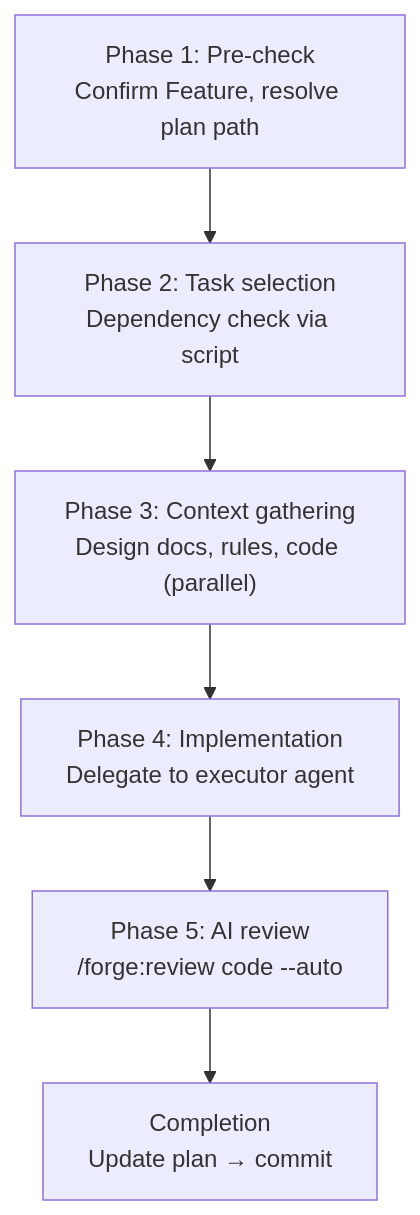
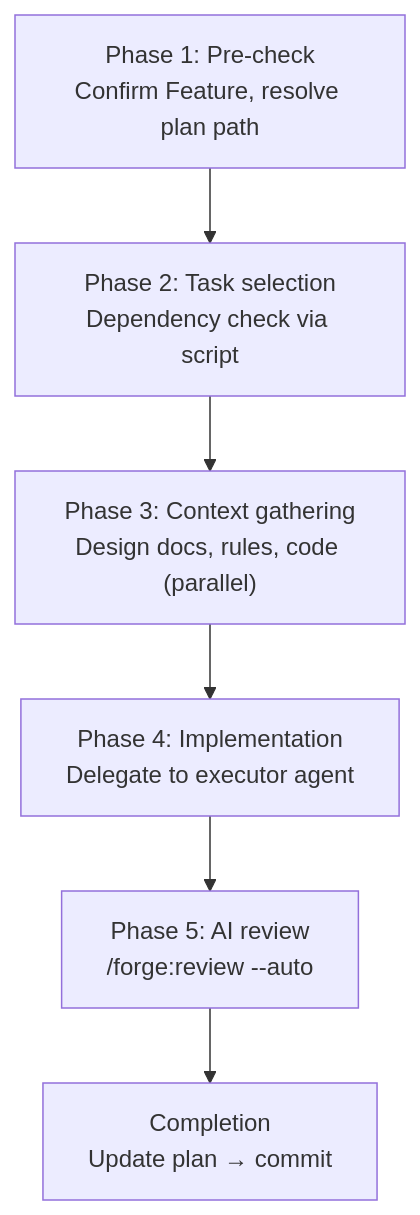
The diagram in docs/readme/forge/guide_implement.md (BlueEventHorizon/bw-cc-plugins), drawn with Mermaid before and after one commit. The commit also changed other lines of this file and 98 other files, not shown here.

First line of the commit message:
feat(forge): reviewを、script が書く JSON を .temp/review で受け渡す仕組みに置き換え、位置引数を廃止する

````diff
--- a/docs/readme/forge/guide_implement.md
+++ b/docs/readme/forge/guide_implement.md
@@ -30,14 +30,14 @@
 ```mermaid
 flowchart TD
     P1["Phase 1: Pre-check<br/>Confirm Feature, resolve plan path"] --> P2
 
     P2["Phase 2: Task selection<br/>Dependency check via script"] --> P3
 
     P3["Phase 3: Context gathering<br/>Design docs, rules, code (parallel)"] --> P4
 
     P4["Phase 4: Implementation<br/>Delegate to executor agent"] --> P5
 
-    P5["Phase 5: AI review<br/>/forge:review code --auto"] --> DONE
+    P5["Phase 5: AI review<br/>/forge:review --auto"] --> DONE
 
     DONE["Completion<br/>Update plan → commit"]
 ```
````
